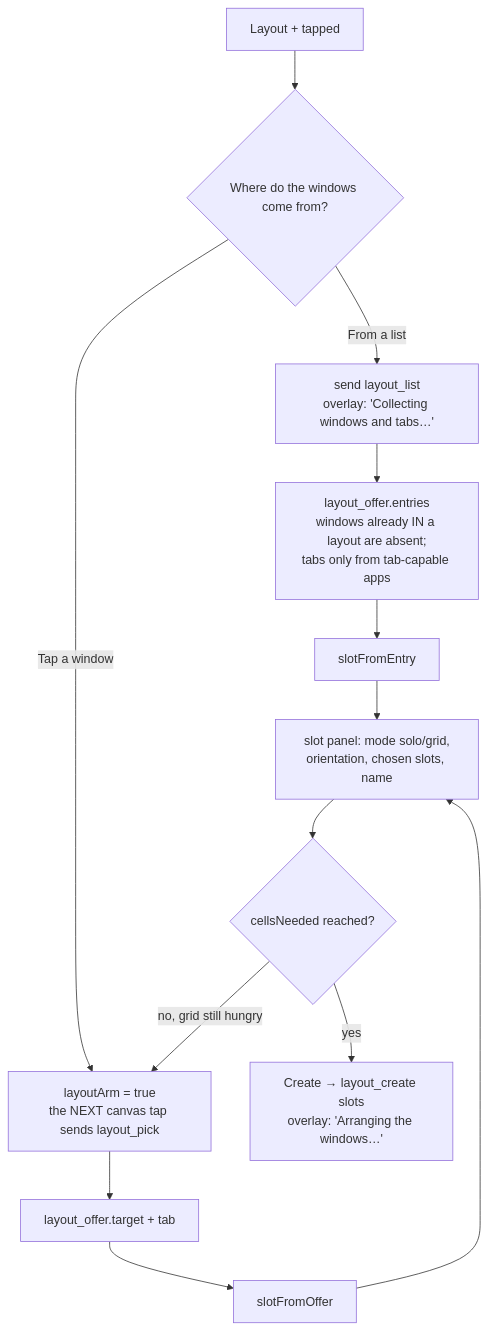
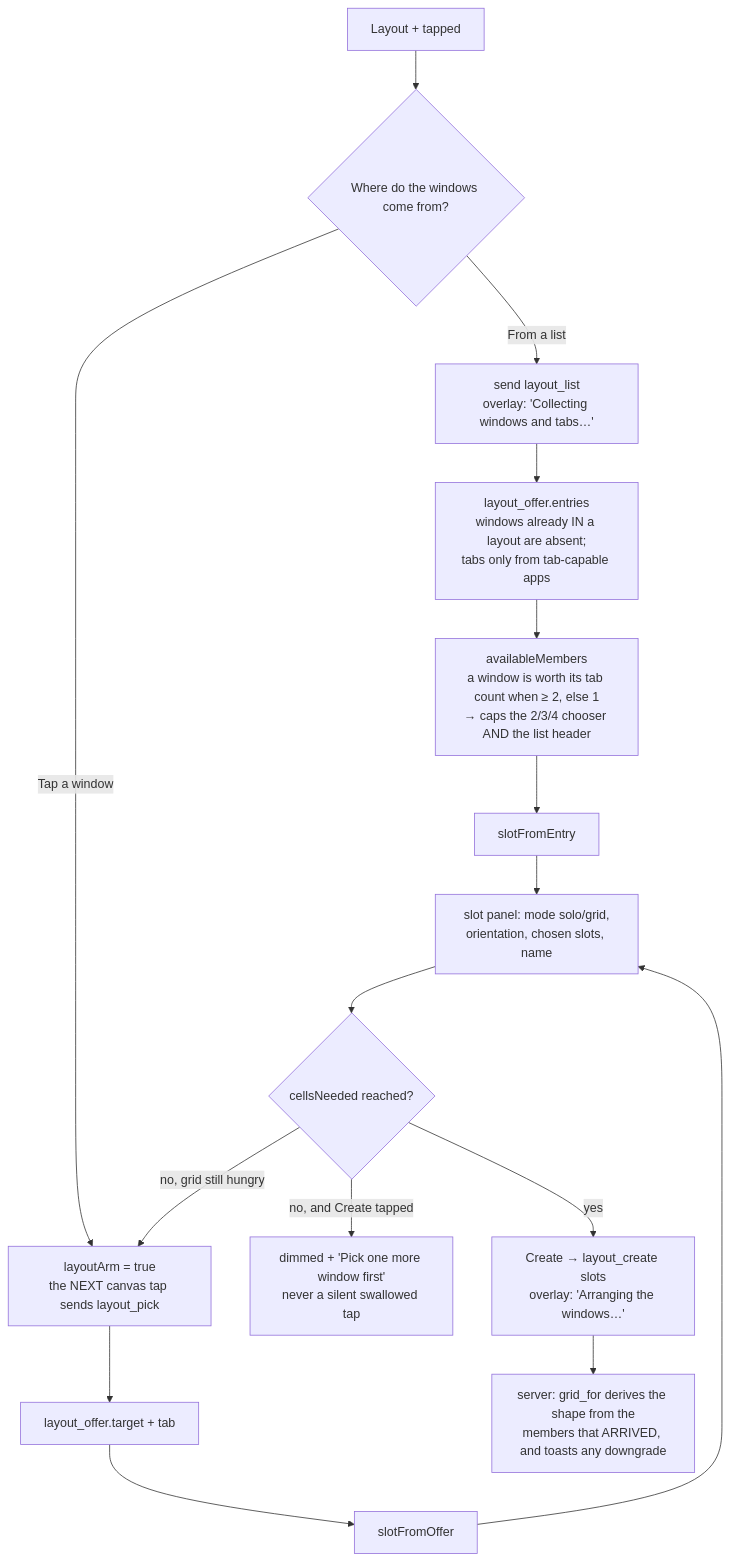
Before and after one commit to UVuruna/Remote-User: the diagram in client/__flow/layout-create.md, drawn with Mermaid. The commit also changed other lines of this file and 12 other files, not shown here.

````diff
--- a/client/__flow/layout-create.md
+++ b/client/__flow/layout-create.md
@@ -8,15 +8,18 @@
 ```mermaid
 flowchart TB
     PLUS[Layout + tapped] --> CHOOSE{Where do the windows come from?}
     CHOOSE -- From a list --> LIST[send layout_list<br/>overlay: 'Collecting windows and tabs…']
     LIST --> ENTRIES[layout_offer.entries<br/>windows already IN a layout are absent;<br/>tabs only from tab-capable apps]
     CHOOSE -- Tap a window --> ARM[layoutArm = true<br/>the NEXT canvas tap sends layout_pick]
     ARM --> OFFER[layout_offer.target + tab]
-    ENTRIES --> SLOT[slotFromEntry]
+    ENTRIES --> CAP[availableMembers<br/>a window is worth its tab count when ≥ 2, else 1<br/>→ caps the 2/3/4 chooser AND the list header]
+    CAP --> SLOT[slotFromEntry]
     OFFER --> SLOT2[slotFromOffer]
     SLOT --> PANEL[slot panel: mode solo/grid,<br/>orientation, chosen slots, name]
     SLOT2 --> PANEL
     PANEL --> MORE{cellsNeeded reached?}
     MORE -- no, grid still hungry --> ARM
+    MORE -- no, and Create tapped --> SAY[dimmed + 'Pick one more window first'<br/>never a silent swallowed tap]
     MORE -- yes --> CREATE[Create → layout_create slots<br/>overlay: 'Arranging the windows…']
+    CREATE --> SERVER[server: grid_for derives the shape from the<br/>members that ARRIVED, and toasts any downgrade]
 ```
````
